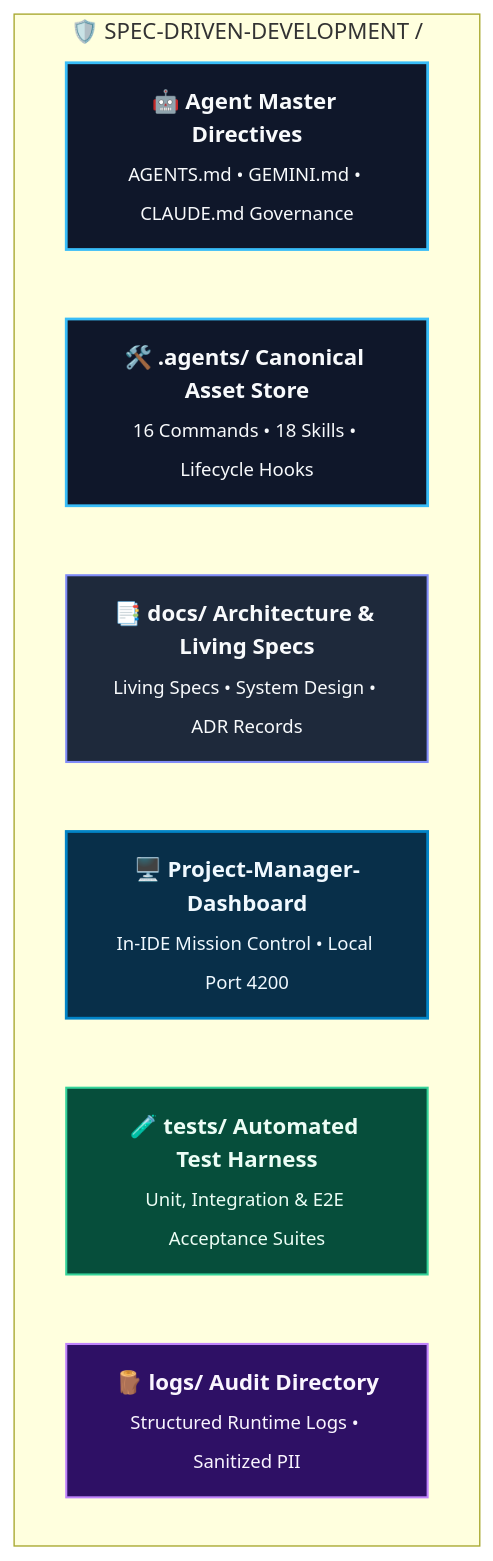
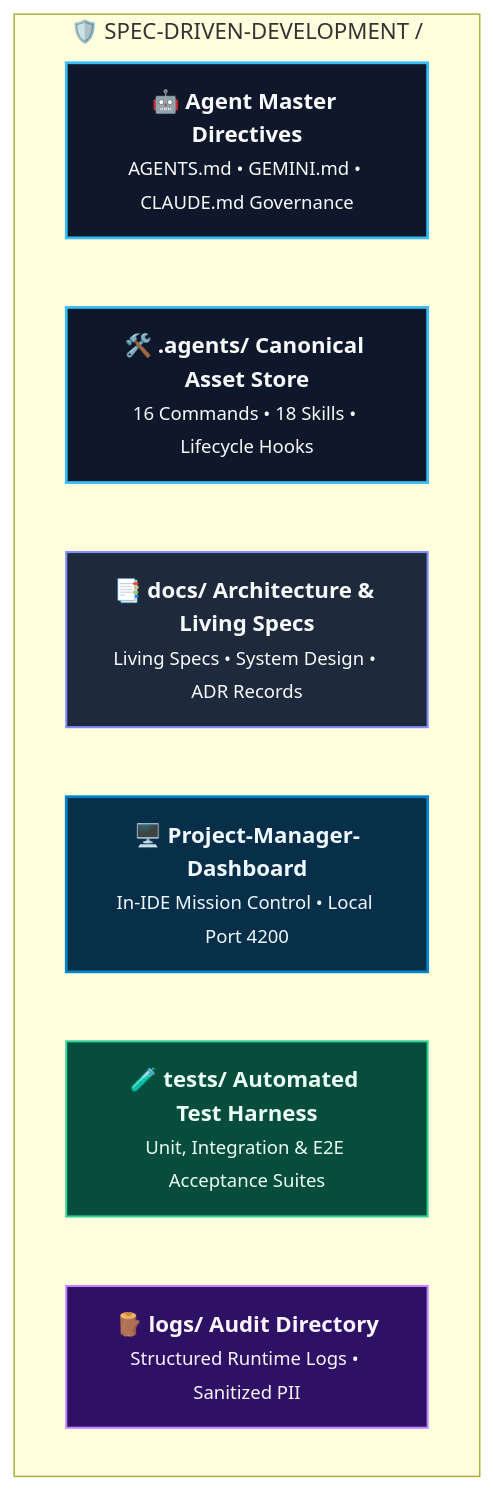
Before and after one commit to rmsofficialsyt/Agentic-AI-Vibe-Coding-AND-SDD-TDD-Codebase-Chandan-Adhikary: the third of 3 diagrams in SDD-TDD-Chandan-Adhikary/Spec-Driven-Development/README.md, drawn with Mermaid. The commit also changed other lines of this file and 27 other files, not shown here.

Commit message:
docs: resolve text overlap and scattering across all diagrams via semantic typography and layout contracts

````diff
--- a/SDD-TDD-Chandan-Adhikary/Spec-Driven-Development/README.md
+++ b/SDD-TDD-Chandan-Adhikary/Spec-Driven-Development/README.md
@@ -168,17 +168,17 @@
 ```mermaid
 flowchart TD
     classDef agent fill:#0f172a,stroke:#38bdf8,stroke-width:2px,color:#f8fafc;
     classDef doc fill:#1e293b,stroke:#818cf8,stroke-width:1.5px,color:#f8fafc;
     classDef dash fill:#082f49,stroke:#0284c7,stroke-width:2px,color:#f0f9ff;
     classDef test fill:#064e3b,stroke:#34d399,stroke-width:1.5px,color:#ecfdf5;
     classDef log fill:#2e1065,stroke:#c084fc,stroke-width:1.5px,color:#faf5ff;
 
     subgraph RepoRoot ["🛡️ SPEC-DRIVEN-DEVELOPMENT /"]
-        AGENTS["<b>🤖 Agent Master Directives</b><br/><sub>AGENTS.md • GEMINI.md • CLAUDE.md Governance</sub>"]:::agent
-        AgentsDir["<b>🛠️ .agents/ Canonical Asset Store</b><br/><sub>16 Commands • 18 Skills • Lifecycle Hooks</sub>"]:::agent
-        DocsDir["<b>📑 docs/ Architecture & Living Specs</b><br/><sub>Living Specs • System Design • ADR Records</sub>"]:::doc
-        DashboardDir["<b>🖥️ Project-Manager-Dashboard</b><br/><sub>In-IDE Mission Control • Local Port 4200</sub>"]:::dash
-        TestsDir["<b>🧪 tests/ Automated Test Harness</b><br/><sub>Unit, Integration & E2E Acceptance Suites</sub>"]:::test
-        LogsDir["<b>🪵 logs/ Audit Directory</b><br/><sub>Structured Runtime Logs • Sanitized PII</sub>"]:::log
+        AGENTS["<b>🤖 Agent Master Directives</b><br/><small>AGENTS.md • GEMINI.md • CLAUDE.md Governance</small>"]:::agent
+        AgentsDir["<b>🛠️ .agents/ Canonical Asset Store</b><br/><small>16 Commands • 18 Skills • Lifecycle Hooks</small>"]:::agent
+        DocsDir["<b>📑 docs/ Architecture & Living Specs</b><br/><small>Living Specs • System Design • ADR Records</small>"]:::doc
+        DashboardDir["<b>🖥️ Project-Manager-Dashboard</b><br/><small>In-IDE Mission Control • Local Port 4200</small>"]:::dash
+        TestsDir["<b>🧪 tests/ Automated Test Harness</b><br/><small>Unit, Integration & E2E Acceptance Suites</small>"]:::test
+        LogsDir["<b>🪵 logs/ Audit Directory</b><br/><small>Structured Runtime Logs • Sanitized PII</small>"]:::log
     end
 ```
````
